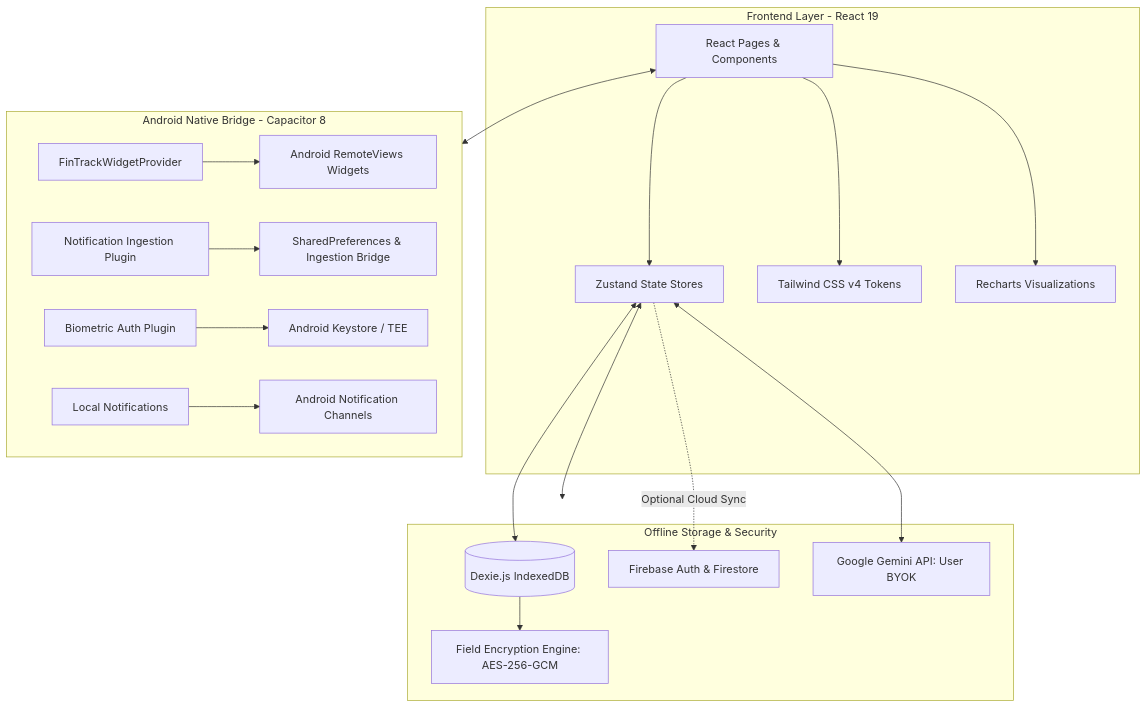
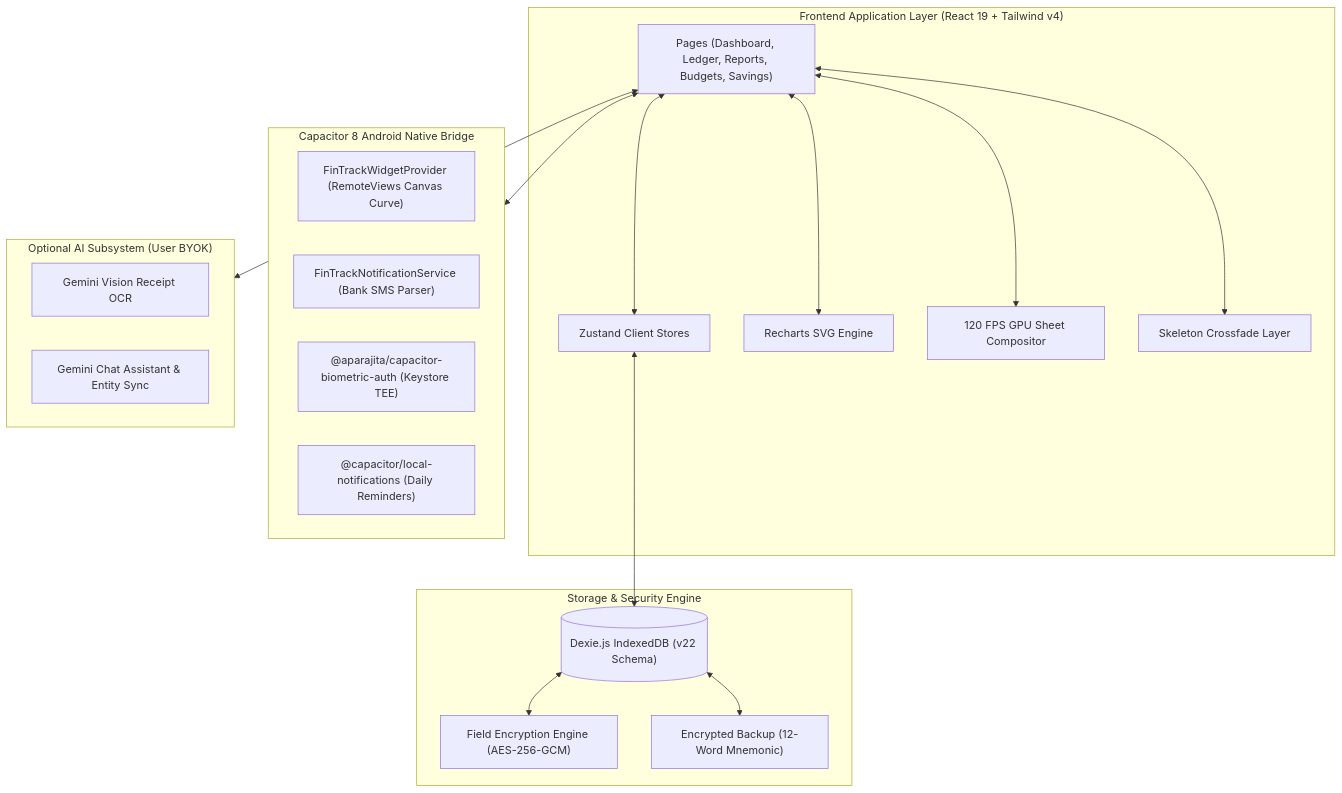
The diagram in README.md (Flynarch/finansial-tracker), drawn with Mermaid before and after one commit. The commit also changed other lines of this file and 7 other files, not shown here.

````diff
--- a/README.md
+++ b/README.md
@@ -168,25 +183,38 @@
 ```mermaid
 flowchart TD
-    subgraph UI_Layer [Frontend Layer - React 19]
-        A[React Pages & Components] --> B[Zustand State Stores]
-        A --> C[Tailwind CSS v4 Tokens]
-        A --> D[Recharts Visualizations]
+    subgraph UI_Layer ["Frontend Application Layer (React 19 + Tailwind v4)"]
+        Pages["Pages (Dashboard, Ledger, Reports, Budgets, Savings)"]
+        Zustand["Zustand Client Stores"]
+        Charts["Recharts SVG Engine"]
+        Sheets["120 FPS GPU Sheet Compositor"]
+        Transitions["Skeleton Crossfade Layer"]
     end
 
-    subgraph Native_Bridge [Android Native Bridge - Capacitor 8]
-        E[FinTrackWidgetProvider] --> I[Android RemoteViews Widgets]
-        F[Notification Ingestion Plugin] --> J[SharedPreferences & Ingestion Bridge]
-        G[Biometric Auth Plugin] --> K[Android Keystore / TEE]
-        H[Local Notifications] --> L[Android Notification Channels]
+    subgraph Native_Bridge ["Capacitor 8 Android Native Bridge"]
+        WidgetProvider["FinTrackWidgetProvider (RemoteViews Canvas Curve)"]
+        NotifService["FinTrackNotificationService (Bank SMS Parser)"]
+        BiometricAuth["@aparajita/capacitor-biometric-auth (Keystore TEE)"]
+        LocalNotifs["@capacitor/local-notifications (Daily Reminders)"]
     end
 
-    subgraph Storage_Layer [Offline Storage & Security]
-        B <--> M[(Dexie.js IndexedDB)]
-        M --> P[Field Encryption Engine: AES-256-GCM]
-        B -. Optional Cloud Sync .-> N[Firebase Auth & Firestore]
-        B <--> O[Google Gemini API: User BYOK]
+    subgraph Storage_Security ["Storage & Security Engine"]
+        DexieDB[("Dexie.js IndexedDB (v22 Schema)")]
+        AES["Field Encryption Engine (AES-256-GCM)"]
+        Backup["Encrypted Backup (12-Word Mnemonic)"]
     end
 
-    A <--> Native_Bridge
-    B <--> Storage_Layer
+    subgraph AI_OptIn ["Optional AI Subsystem (User BYOK)"]
+        GeminiVision["Gemini Vision Receipt OCR"]
+        GeminiChat["Gemini Chat Assistant & Entity Sync"]
+    end
+
+    Pages <--> Zustand
+    Pages <--> Sheets
+    Pages <--> Transitions
+    Pages <--> Charts
+    Zustand <--> DexieDB
+    DexieDB <--> AES
+    DexieDB <--> Backup
+    Pages <--> Native_Bridge
+    Pages <--> AI_OptIn
 ```
````
